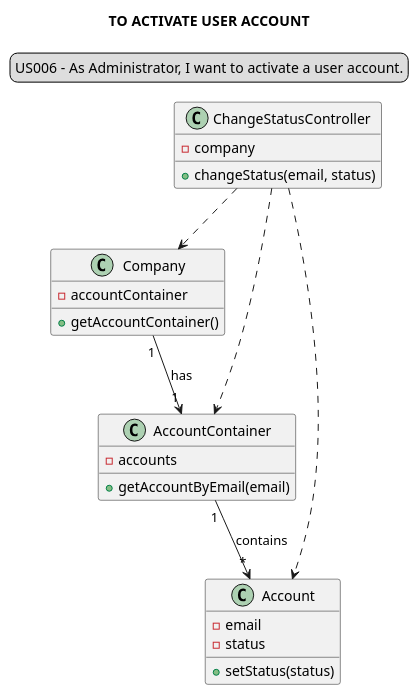
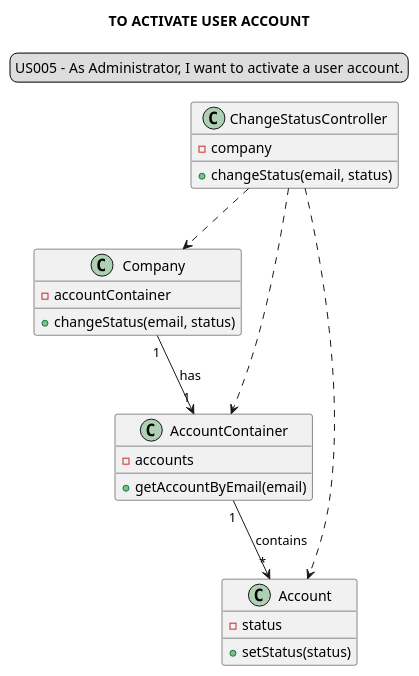
One commit to Loracline/project_switch_22-23 changed the diagram in docs/modelling_design/user_stories/us006/US006_classDiagram.puml. Above: the diagram before and after it, drawn with PlantUML. The commit also changed 3 other files, not shown here.

Commit message:
US 005,006 : Design : Refinement of sequence diagram and class diagram

```diff
--- a/docs/modelling_design/user_stories/us006/US006_classDiagram.puml
+++ b/docs/modelling_design/user_stories/us006/US006_classDiagram.puml
@@ -1,36 +1,35 @@
 @startuml
 
 legend top
-US006 - As Administrator, I want to activate a user account.
+US005 - As Administrator, I want to activate a user account.
 end legend
 skinparam sequenceMessageAlign center
 title TO ACTIVATE USER ACCOUNT
 
-"ChangeStatusController" ..> "Company"
+"ChangeStatusController"  ..> "Company"
 "ChangeStatusController" ..> "AccountContainer"
 "ChangeStatusController" ..> "Account"
 "Company" "1"-->"1" "AccountContainer": has
 "AccountContainer" "1"-->"*" "Account": contains
 
 class "ChangeStatusController" {
 -company
 +changeStatus(email, status)
 }
 
 class "Company" {
 -accountContainer
-+getAccountContainer()
++changeStatus(email, status)
 }
 
 class "AccountContainer" {
 -accounts
 +getAccountByEmail(email)
 }
 
 class "Account" {
--email
 -status
 +setStatus(status)
 }
 
 @enduml
```
